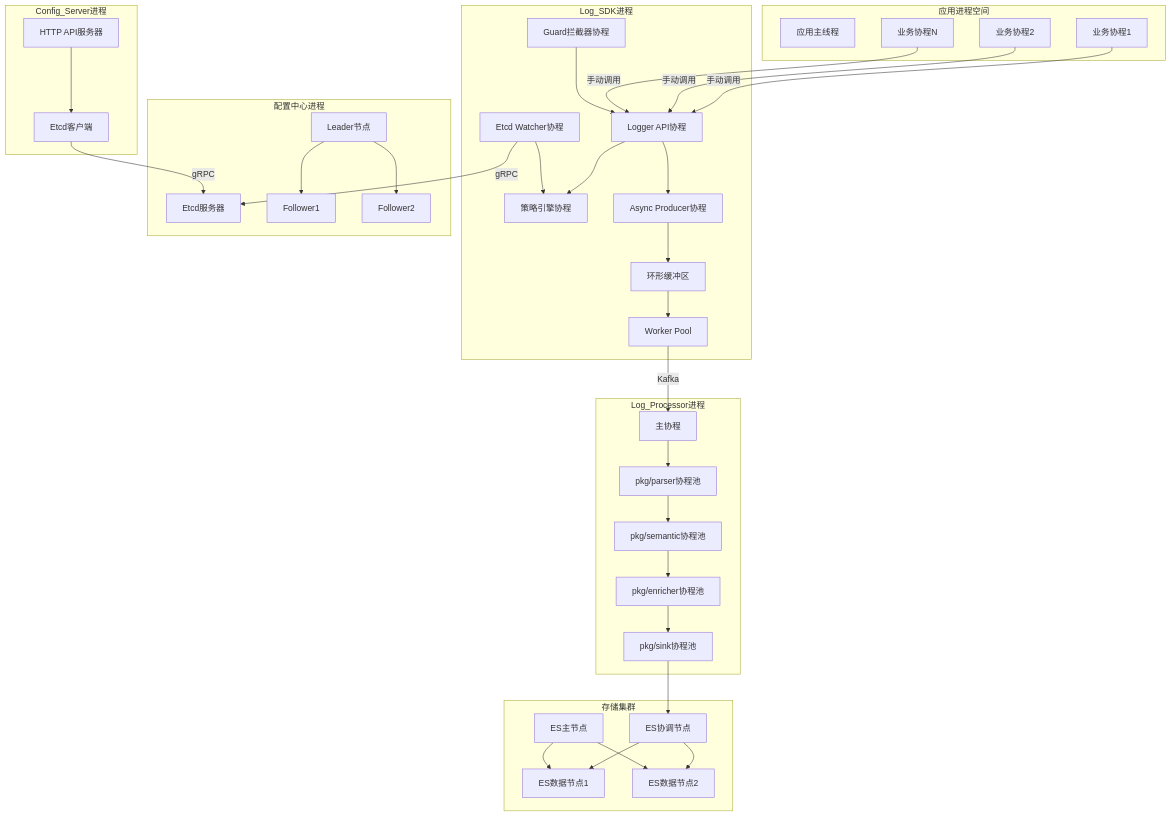
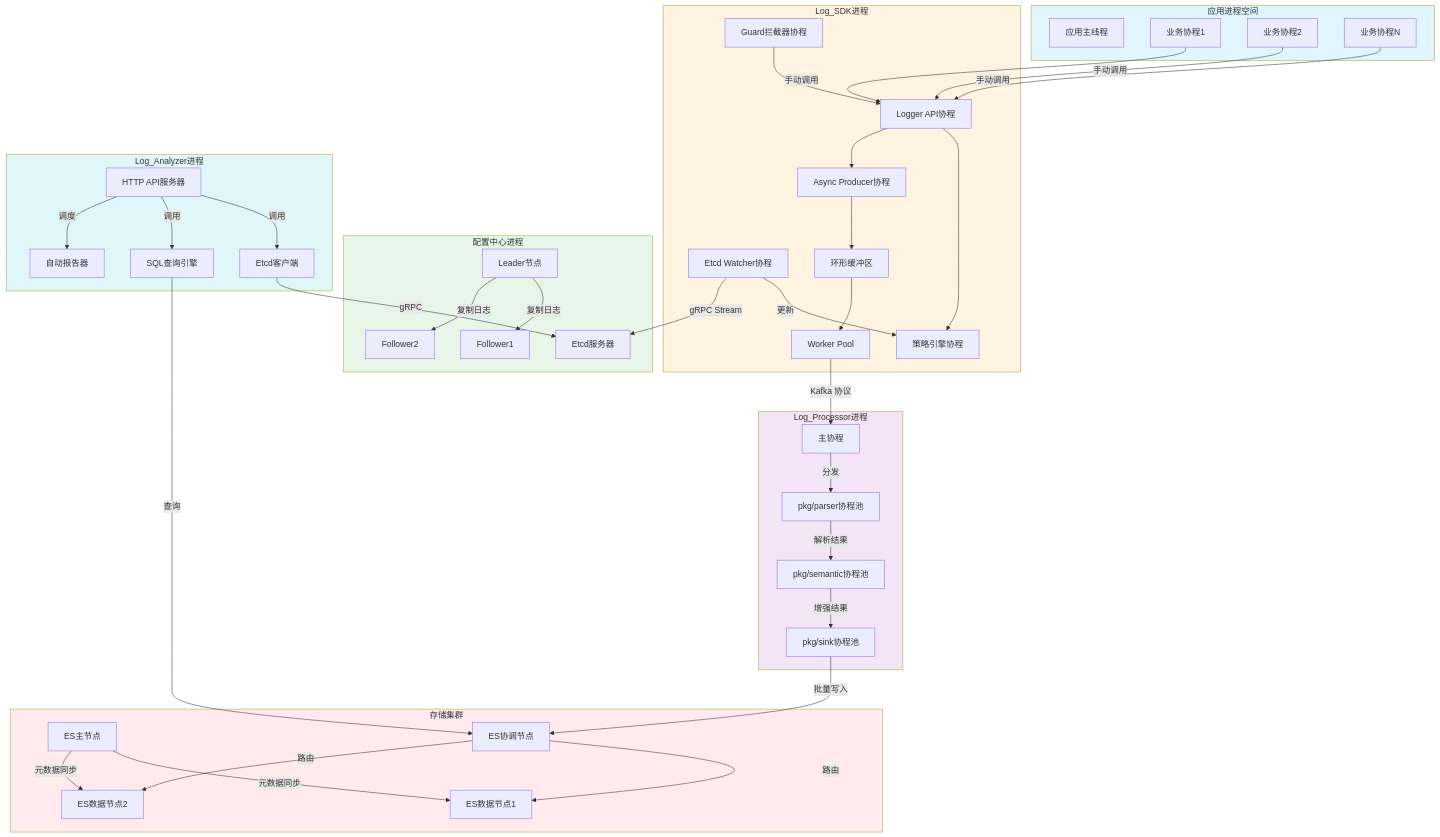
Before and after one commit to RZYN2020/logos: the second of 5 diagrams in docs/thesis.md, drawn with Mermaid. The commit also changed other lines of this file and 63 other files, not shown here.

````diff
--- a/docs/thesis.md
+++ b/docs/thesis.md
@@ -228,6 +407,7 @@
         GOROUTINE1[业务协程1]
         GOROUTINE2[业务协程2]
         GOROUTINE3[业务协程N]
+        style 应用进程空间 fill:#e1f5ff
     end
 
     subgraph Log_SDK进程
@@ -238,6 +418,7 @@
         PRODUCER[Async Producer协程]
         WORKER_POOL[Worker Pool]
         BUFFER[环形缓冲区]
+        style Log_SDK进程 fill:#fff4e1
     end
 
     subgraph 配置中心进程
@@ -245,19 +426,23 @@
         LEADER[Leader节点]
         FOLLOWER1[Follower1]
         FOLLOWER2[Follower2]
+        style 配置中心进程 fill:#e8f5e9
     end
 
-    subgraph Config_Server进程
-        CONFIG_API[HTTP API服务器]
-        ETCD_CLIENT[Etcd客户端]
+    subgraph Log_Analyzer进程
+        LOG_ANALYZER_API[HTTP API服务器]
+        LOG_ANALYZER_ETCD[Etcd客户端]
+        SQL_ENGINE[SQL查询引擎]
+        REPORTER[自动报告器]
+        style Log_Analyzer进程 fill:#e0f7fa
     end
 
     subgraph Log_Processor进程
         PROCESSOR_MAIN[主协程]
         PARSER[pkg/parser协程池]
         SEMANTIC[pkg/semantic协程池]
-        ENRICHER[pkg/enricher协程池]
         SINK[pkg/sink协程池]
+        style Log_Processor进程 fill:#f3e5f5
     end
 
     subgraph 存储集群
@@ -265,6 +450,7 @@
         ES_DATA1[ES数据节点1]
         ES_DATA2[ES数据节点2]
         ES_COORD[ES协调节点]
+        style 存储集群 fill:#ffebee
     end
 
     GOROUTINE1 -->|手动调用| LOGGER
@@ -276,21 +462,26 @@
     LOGGER --> PRODUCER
     PRODUCER --> BUFFER
     BUFFER --> WORKER_POOL
-    WATCHER --> STRATEGY
-    WATCHER -->|gRPC| ETCD
+    WATCHER -->|更新| STRATEGY
+    WATCHER -->|gRPC Stream| ETCD
 
-    LEADER --> FOLLOWER1
-    LEADER --> FOLLOWER2
+    LEADER -->|复制日志| FOLLOWER1
+    LEADER -->|复制日志| FOLLOWER2
 
-    CONFIG_API --> ETCD_CLIENT
-    ETCD_CLIENT -->|gRPC| ETCD
+    LOG_ANALYZER_API -->|调用| LOG_ANALYZER_ETCD
+    LOG_ANALYZER_ETCD -->|gRPC| ETCD
+    LOG_ANALYZER_API -->|调用| SQL_ENGINE
+    SQL_ENGINE -->|查询| ES_COORD
+    LOG_ANALYZER_API -->|调度| REPORTER
 
-    WORKER_POOL -->|Kafka| PROCESSOR_MAIN
-    PROCESSOR_MAIN --> PARSER --> SEMANTIC --> ENRICHER --> SINK
+    WORKER_POOL -->|Kafka 协议| PROCESSOR_MAIN
+    PROCESSOR_MAIN -->|分发| PARSER
+    PARSER -->|解析结果| SEMANTIC
+    SEMANTIC -->|增强结果| SINK
 
-    SINK --> ES_COORD
-    ES_COORD --> ES_DATA1
-    ES_COORD --> ES_DATA2
-    ES_MASTER --> ES_DATA1
-    ES_MASTER --> ES_DATA2
+    SINK -->|批量写入| ES_COORD
+    ES_COORD -->|路由| ES_DATA1
+    ES_COORD -->|路由| ES_DATA2
+    ES_MASTER -->|元数据同步| ES_DATA1
+    ES_MASTER -->|元数据同步| ES_DATA2
 ```
````
